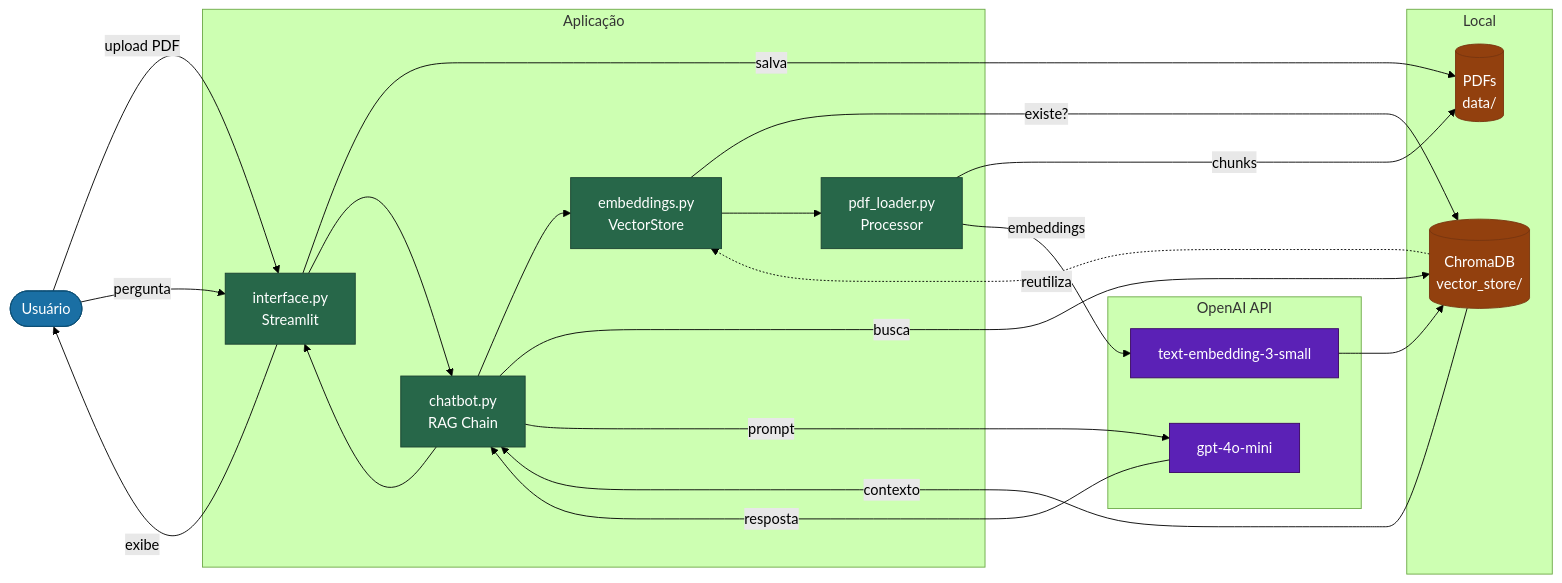
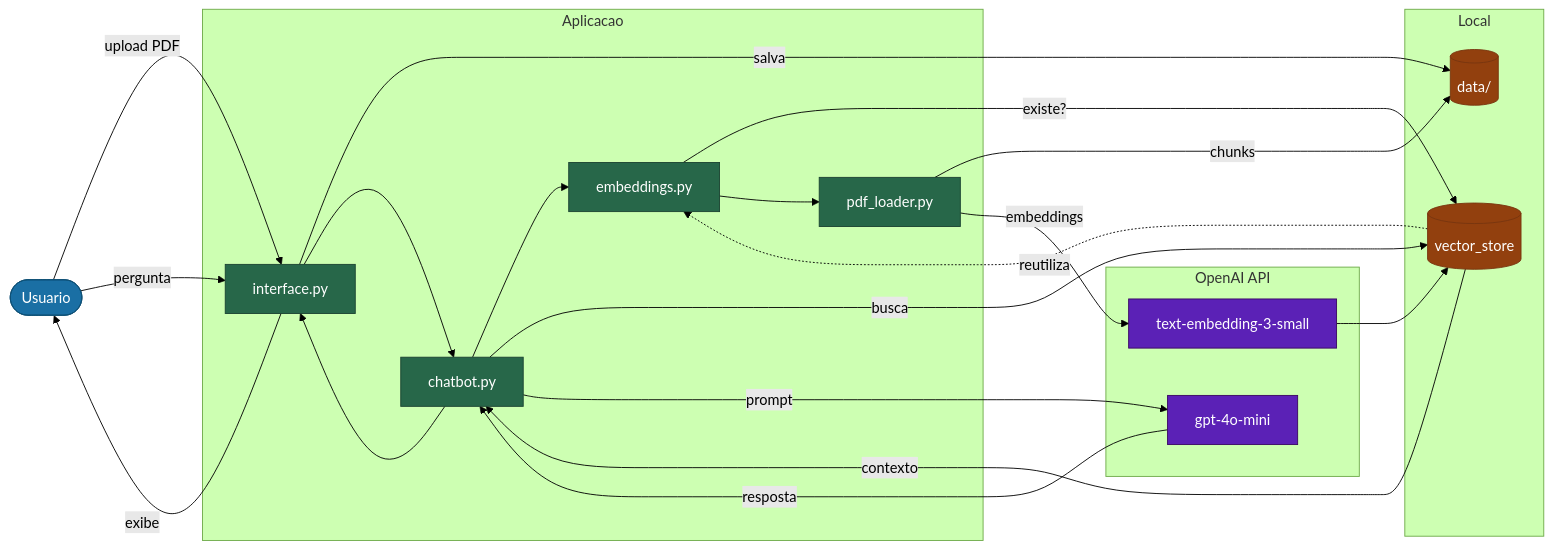
One commit to lgpsouza/chatbot-rag-pdf changed the diagram in README.md. Above: the diagram before and after it, drawn with Mermaid (forest theme).

Commit message:
fix: simplify Mermaid diagram to fix rendering across all environments
Remove \n in node labels and special chars in subgraph names that
caused 'Unable to render rich display' in some Mermaid renderers.

````diff
--- a/README.md
+++ b/README.md
@@ -131,37 +131,37 @@
 ```mermaid
 flowchart LR
     classDef user  fill:#1a6fa4,stroke:#0d4f74,color:#fff
     classDef app   fill:#276749,stroke:#1b4332,color:#fff
     classDef infra fill:#92400e,stroke:#78350f,color:#fff
     classDef api   fill:#5b21b6,stroke:#3b0764,color:#fff
 
-    User([Usuário]):::user
+    User([Usuario]):::user
 
-    subgraph APP[Aplicação]
-        UI[interface.py\nStreamlit]:::app
-        Bot[chatbot.py\nRAG Chain]:::app
-        Emb[embeddings.py\nVectorStore]:::app
-        Ldr[pdf_loader.py\nProcessor]:::app
+    subgraph APP[Aplicacao]
+        UI[interface.py]:::app
+        Bot[chatbot.py]:::app
+        Emb[embeddings.py]:::app
+        Ldr[pdf_loader.py]:::app
     end
 
     subgraph INFRA[Local]
-        VS[(ChromaDB\nvector_store/)]:::infra
-        PDF[(PDFs\ndata/)]:::infra
+        VS[(vector_store)]:::infra
+        PDF[(data/)]:::infra
     end
 
     subgraph OAI[OpenAI API]
         EMB[text-embedding-3-small]:::api
         LLM[gpt-4o-mini]:::api
     end
 
     User -->|upload PDF| UI
     User -->|pergunta| UI
     UI -->|salva| PDF
     UI --> Bot --> Emb
     Emb -->|existe?| VS
     VS -. reutiliza .-> Emb
     Emb --> Ldr -->|chunks| PDF
     Ldr -->|embeddings| EMB --> VS
     Bot -->|busca| VS -->|contexto| Bot
     Bot -->|prompt| LLM -->|resposta| Bot --> UI -->|exibe| User
 ```
````
